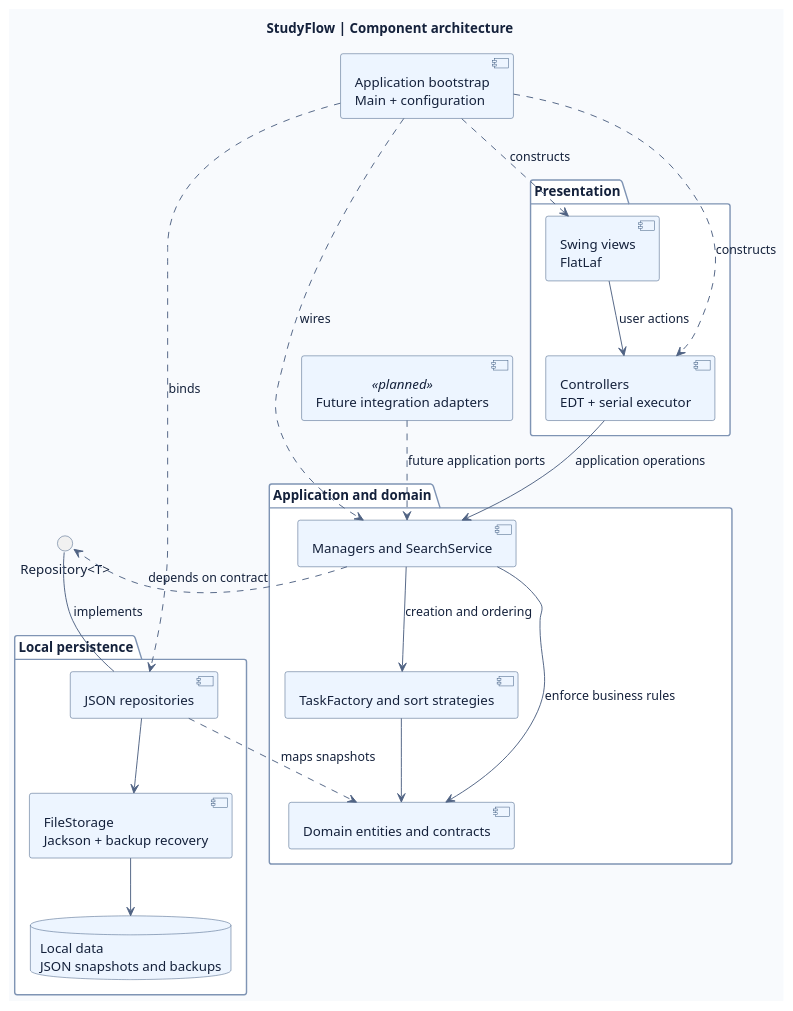
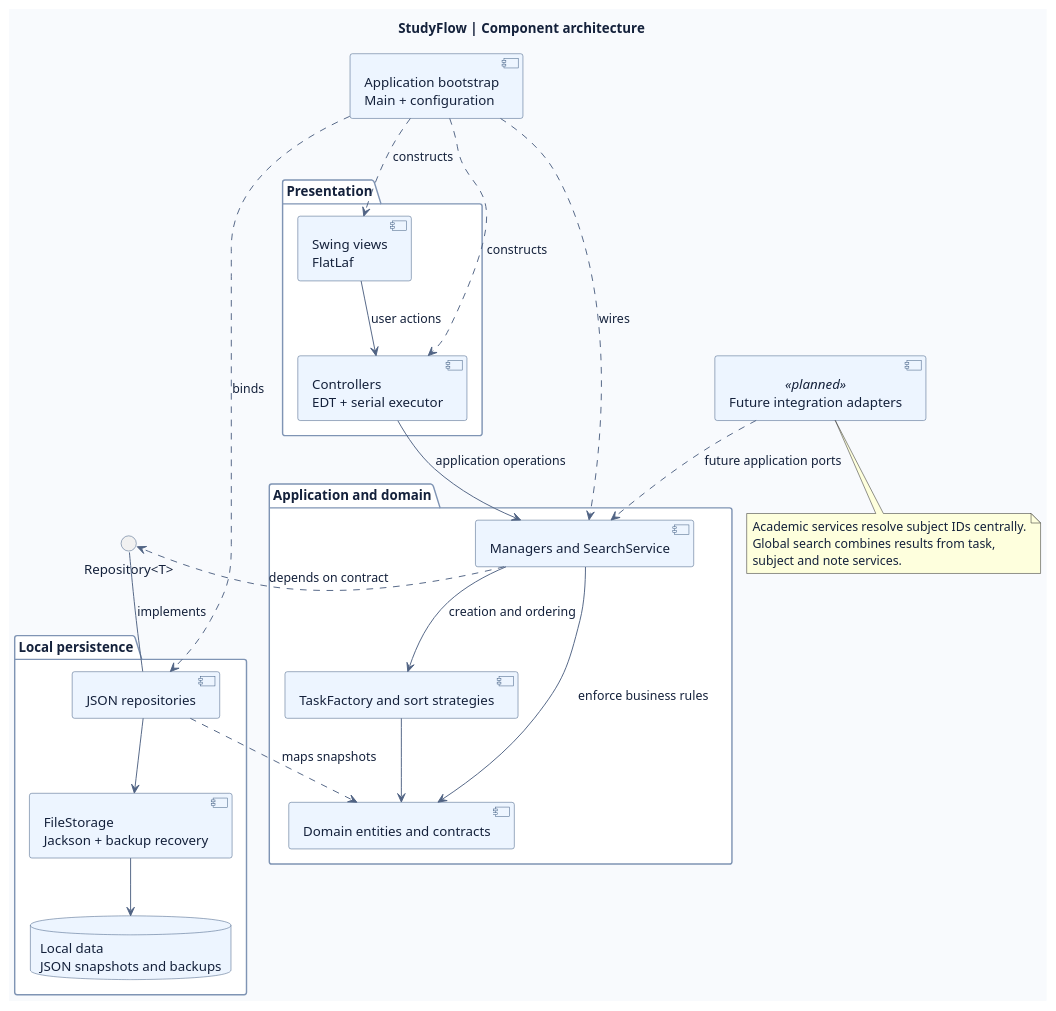
The diagram in docs/uml/component-diagram.puml (Dishitha09/StudyFlow), drawn with PlantUML before and after one commit. The commit also changed 12 other files, not shown here.

```diff
--- a/docs/uml/component-diagram.puml
+++ b/docs/uml/component-diagram.puml
@@ -1,54 +1,59 @@
 @startuml
 title StudyFlow | Component architecture
 top to bottom direction
 skinparam backgroundColor #F8FAFD
 skinparam defaultFontName Segoe UI
 skinparam defaultFontColor #14213B
 skinparam shadowing false
 skinparam ArrowColor #506383
 skinparam componentBorderColor #345279
 skinparam componentBackgroundColor #EDF5FF
 skinparam interfaceBorderColor #345279
 skinparam packageBorderColor #7F94B4
 skinparam packageBackgroundColor #FFFFFF
 skinparam databaseBorderColor #345279
 skinparam databaseBackgroundColor #EDF5FF
 
 component "Application bootstrap\nMain + configuration" as Bootstrap
 
 package "Presentation" {
   component "Swing views\nFlatLaf" as Views
   component "Controllers\nEDT + serial executor" as Controllers
   Views --> Controllers : user actions
 }
 
 package "Application and domain" {
   component "Managers and SearchService" as Services
   component "TaskFactory and sort strategies" as Policies
   component "Domain entities and contracts" as Domain
   Services --> Policies : creation and ordering
   Services --> Domain : enforce business rules
   Policies --> Domain
 }
 
 interface "Repository<T>" as Repository
 
 package "Local persistence" {
   component "JSON repositories" as JsonRepositories
   component "FileStorage\nJackson + backup recovery" as FileStorage
   database "Local data\nJSON snapshots and backups" as Files
   JsonRepositories --> FileStorage
   FileStorage --> Files
 }
 
 component "Future integration adapters" as Integrations <<planned>>
 Bootstrap ..> Views : constructs
 Bootstrap ..> Controllers : constructs
 Bootstrap ..> Services : wires
 Bootstrap ..> JsonRepositories : binds
 Controllers --> Services : application operations
 Services ..> Repository : depends on contract
 JsonRepositories -up- Repository : implements
 JsonRepositories ..> Domain : maps snapshots
 Integrations ..> Services : future application ports
+note bottom
+  Academic services resolve subject IDs centrally.
+  Global search combines results from task,
+  subject and note services.
+end note
 @enduml
```
